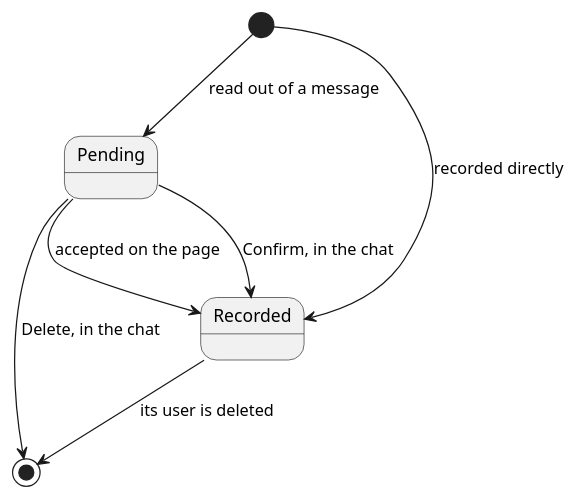
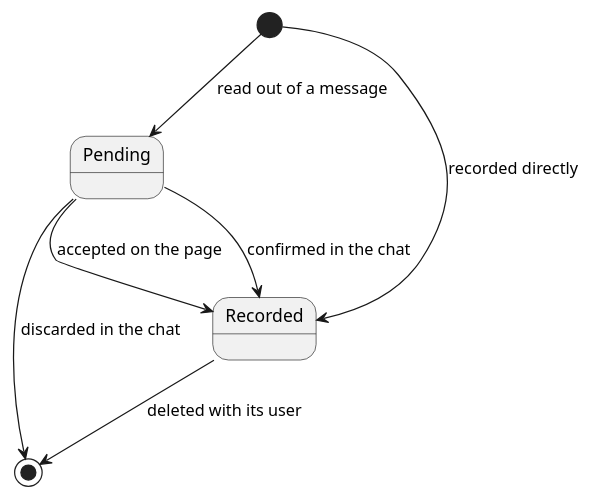
One commit to ds-usova/finance-bot changed the diagram in ledger-service/docs/domain/expense.md. Above: the diagram before and after it, drawn with PlantUML.

Commit message:
Documentation: give every expense transition label one grammar

````diff
--- a/ledger-service/docs/domain/expense.md
+++ b/ledger-service/docs/domain/expense.md
@@ -35,10 +35,10 @@
 ```plantuml
 @startuml
 [*] --> Pending : read out of a message
 [*] --> Recorded : recorded directly
-Pending --> Recorded : Confirm, in the chat
+Pending --> Recorded : confirmed in the chat
 Pending --> Recorded : accepted on the page
-Pending --> [*] : Delete, in the chat
-Recorded --> [*] : its user is deleted
+Pending --> [*] : discarded in the chat
+Recorded --> [*] : deleted with its user
 @enduml
 ```
````
